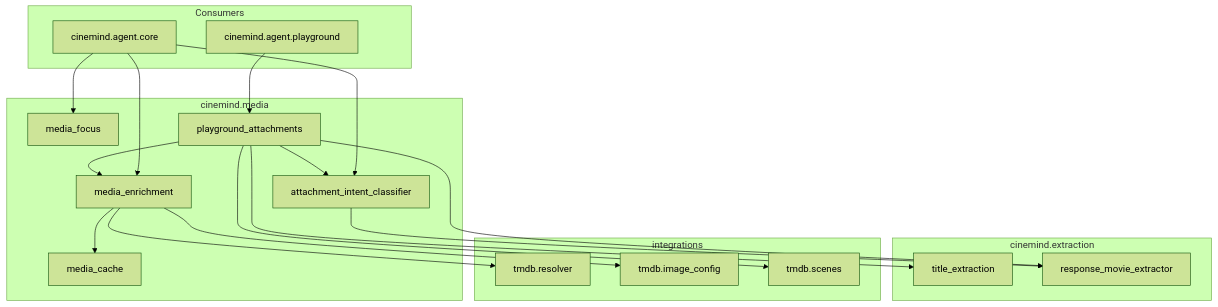
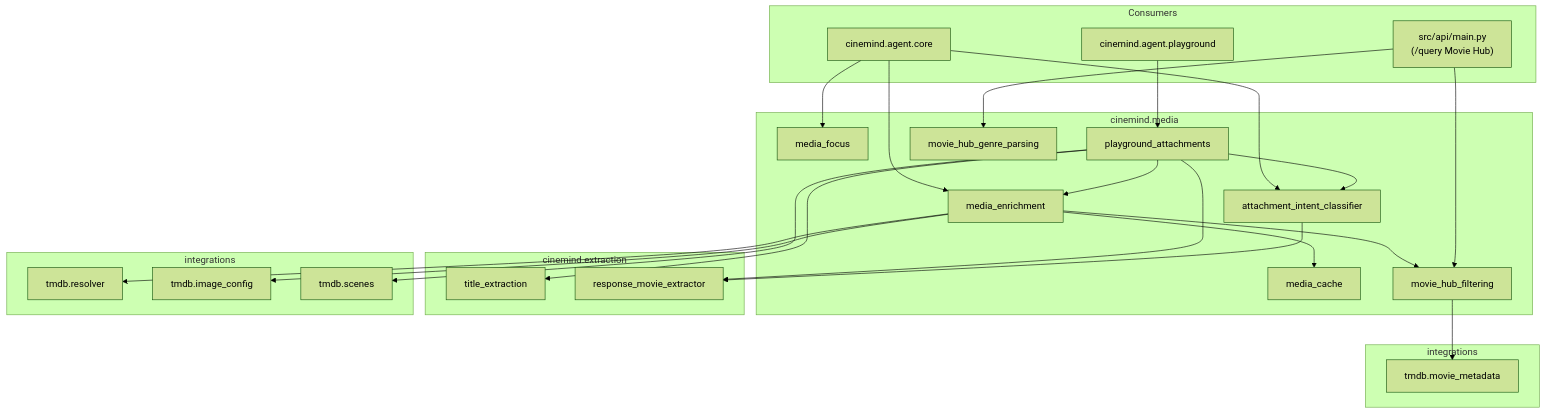
One commit to mayad123/movieAgent changed the seventh of 7 diagrams in docs/features/media/MEDIA_ENRICHMENT.md. Above: the diagram before and after it, drawn with Mermaid (forest theme). The commit also changed other lines of this file and 128 other files, not shown here.

````diff
--- a/docs/features/media/MEDIA_ENRICHMENT.md
+++ b/docs/features/media/MEDIA_ENRICHMENT.md
@@ -247,41 +368,52 @@
 ```mermaid
 graph TD
     subgraph media["cinemind.media"]
         ME["media_enrichment"]
         MC["media_cache"]
         MF["media_focus"]
         AIC["attachment_intent_classifier"]
         PA["playground_attachments"]
+        MGP["movie_hub_genre_parsing"]
+        MHF["movie_hub_filtering"]
     end
 
     subgraph extraction["cinemind.extraction"]
         TE["title_extraction"]
         RME["response_movie_extractor"]
     end
 
     subgraph integrations["integrations"]
         TMDB_R["tmdb.resolver"]
         TMDB_I["tmdb.image_config"]
         TMDB_S["tmdb.scenes"]
     end
 
     ME --> MC
     ME --> TMDB_R
     ME --> TMDB_I
     AIC --> RME
     PA --> AIC
     PA --> TE
     PA --> RME
     PA --> ME
     PA --> TMDB_S
 
+    subgraph integrations2["integrations"]
+        TMDB_META["tmdb.movie_metadata"]
+    end
+    MHF --> TMDB_META
+
     subgraph consumers["Consumers"]
         CORE["cinemind.agent.core"]
         PLAY["cinemind.agent.playground"]
+        API["src/api/main.py<br/>(/query Movie Hub)"]
     end
 
     CORE --> ME
     CORE --> AIC
     CORE --> MF
     PLAY --> PA
+    API --> MGP
+    API --> MHF
+    ME --> MHF
 ```
````
